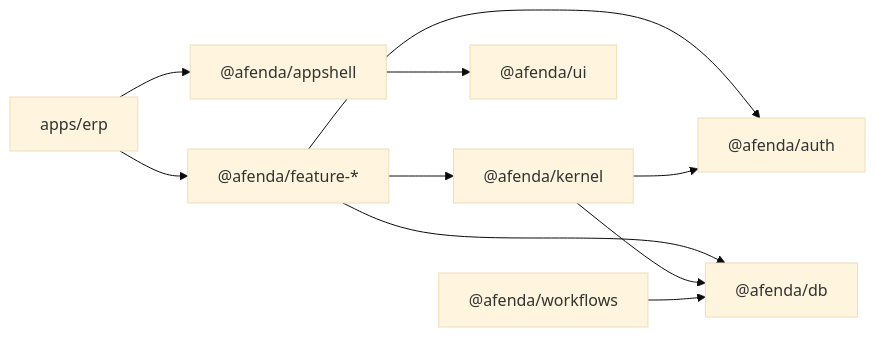
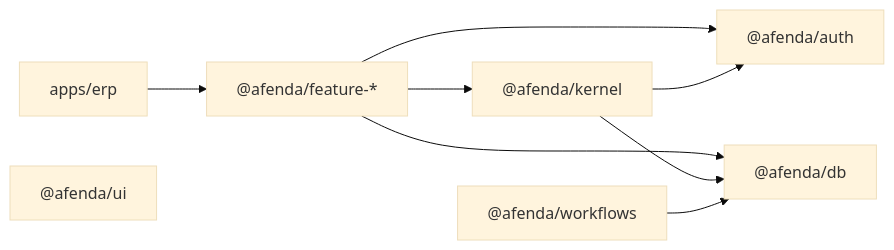
Before and after one commit to pohlai88/afenda-erp: the diagram in docs/architecture/002-erp-kernel-package-architecture.md, drawn with Mermaid (base theme). The commit also changed other lines of this file and 130 other files, not shown here.

````diff
--- a/docs/architecture/002-erp-kernel-package-architecture.md
+++ b/docs/architecture/002-erp-kernel-package-architecture.md
@@ -37,21 +36,18 @@
 ```mermaid
 flowchart LR
   App["apps/erp"]
-  AppShell["@afenda/appshell"]
   Feat["@afenda/feature-*"]
   Kern["@afenda/kernel"]
   UI["@afenda/ui"]
   Auth["@afenda/auth"]
   DB["@afenda/db"]
   WF["@afenda/workflows"]
 
-  App --> AppShell
   App --> Feat
-  AppShell --> UI
   Feat --> Kern
   Feat --> DB
   Feat --> Auth
   Kern --> Auth
   Kern --> DB
   WF --> DB
 ```
````
